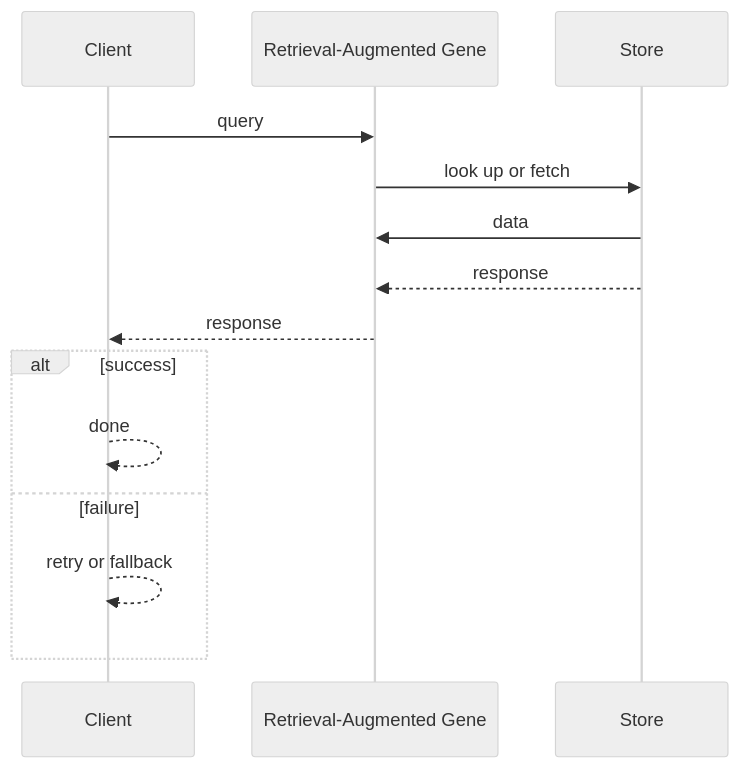
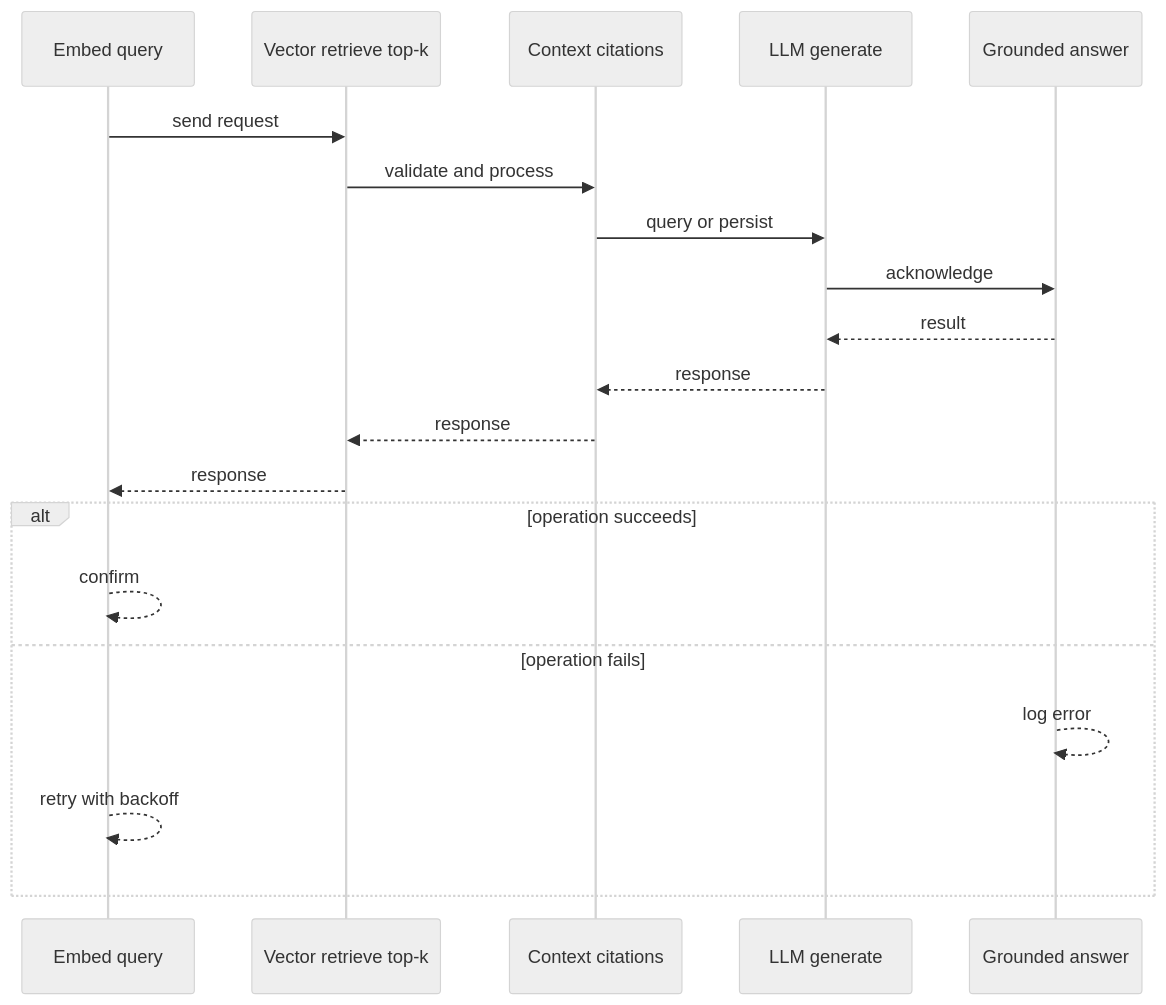
Before and after one commit to RIT-MESH/system-design-mastery: the second of 4 diagrams in case-studies/extreme/rag-platform.md, drawn with Mermaid (neutral theme). The commit also changed other lines of this file and 64 other files, not shown here.

````diff
--- a/case-studies/extreme/rag-platform.md
+++ b/case-studies/extreme/rag-platform.md
@@ -79,17 +67,23 @@
 ```mermaid
 %% created-for: system-design-mastery
 sequenceDiagram
-  participant P0 as Client
-  participant P1 as Retrieval-Augmented Gene
-  participant P2 as Store
-  P0 ->> P1: query
-  P1 ->> P2: look up or fetch
-  P2 ->> P1: data
-  P2 -->> P1: response
-  P1 -->> P0: response
-  alt success
-    P0 -->> P0: done
-  else failure
-    P0 -->> P0: retry or fallback
+  participant C0 as Embed query
+  participant C1 as Vector retrieve top-k
+  participant C2 as Context citations
+  participant C3 as LLM generate
+  participant C4 as Grounded answer
+  C0 ->> C1: send request
+  C1 ->> C2: validate and process
+  C2 ->> C3: query or persist
+  C3 ->> C4: acknowledge
+  C4 -->> C3: result
+  C3 -->> C2: response
+  C2 -->> C1: response
+  C1 -->> C0: response
+  alt operation succeeds
+    C0 -->> C0: confirm
+  else operation fails
+    C4 -->> C4: log error
+    C0 -->> C0: retry with backoff
   end
 ```
````
